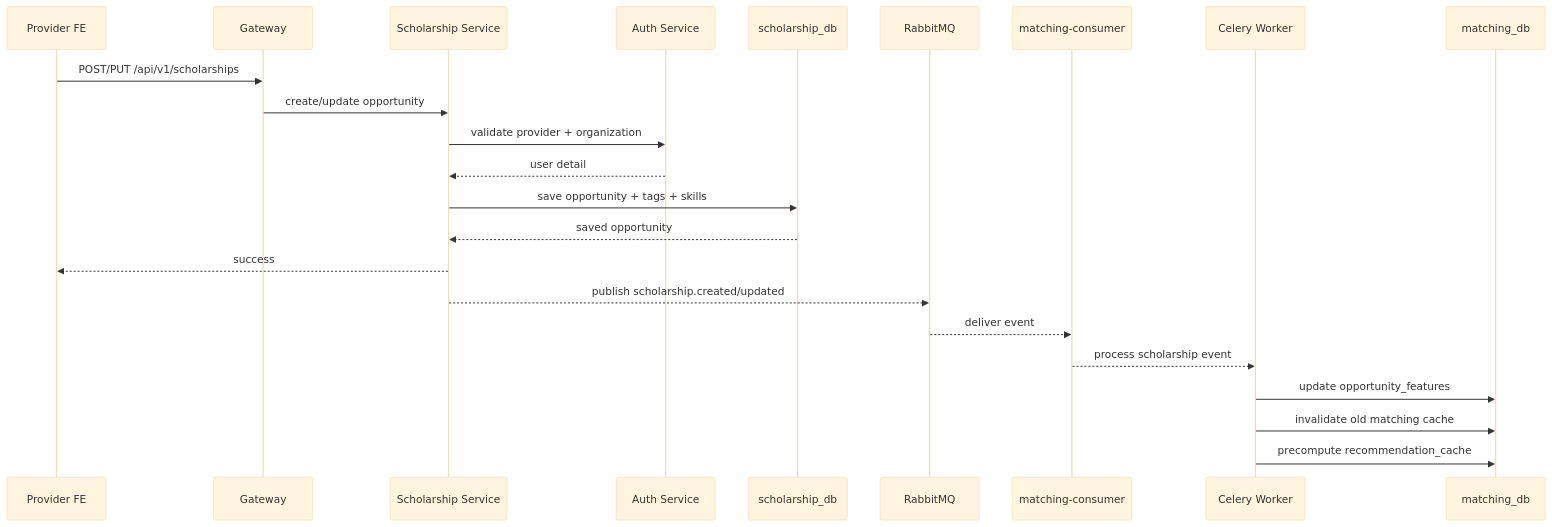
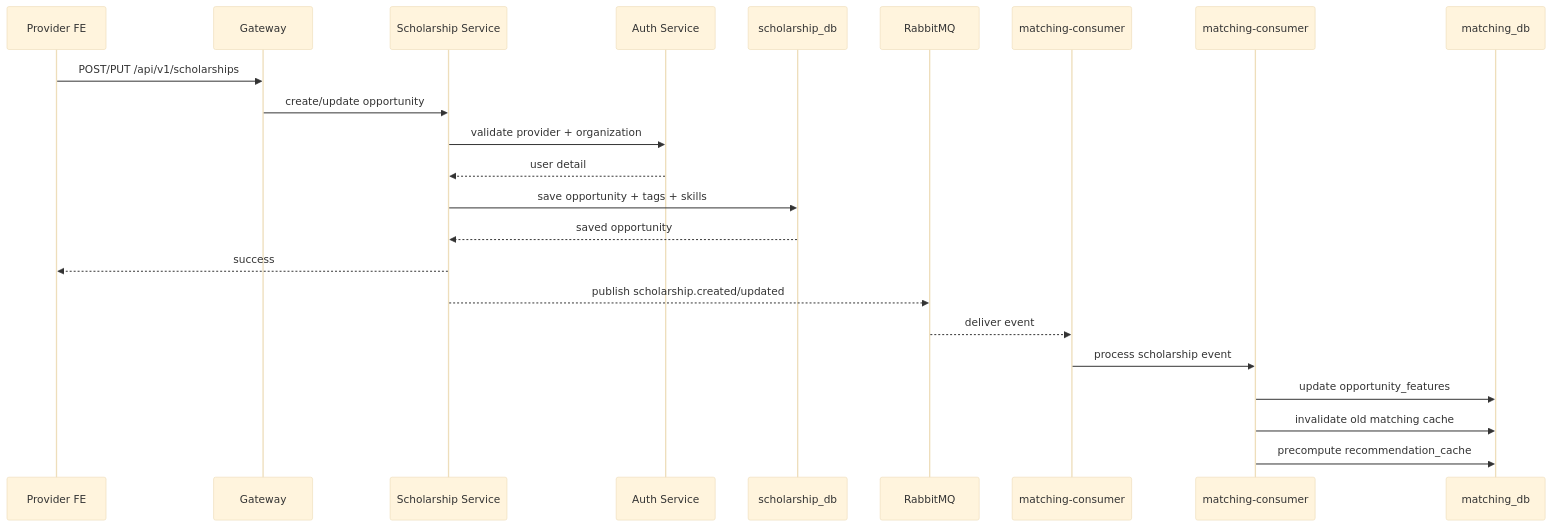
One commit to hunter875/edumatch-production changed the seventh of 11 diagrams in docs/06-data-flow.md. Above: the diagram before and after it, drawn with Mermaid (base theme). The commit also changed other lines of this file and 10 other files, not shown here.

Commit message:
docs: clarify rabbitmq matching worker

````diff
--- a/docs/06-data-flow.md
+++ b/docs/06-data-flow.md
@@ -198,27 +197,27 @@
 ```mermaid
 sequenceDiagram
   participant FE as Provider FE
   participant GW as Gateway
   participant S as Scholarship Service
   participant Auth as Auth Service
   participant DB as scholarship_db
   participant MQ as RabbitMQ
   participant MC as matching-consumer
-  participant W as Celery Worker
+  participant W as matching-consumer
   participant MDB as matching_db
 
   FE->>GW: POST/PUT /api/v1/scholarships
   GW->>S: create/update opportunity
   S->>Auth: validate provider + organization
   Auth-->>S: user detail
   S->>DB: save opportunity + tags + skills
   DB-->>S: saved opportunity
   S-->>FE: success
 
   S-->>MQ: publish scholarship.created/updated
   MQ-->>MC: deliver event
-  MC-->>W: process scholarship event
+  MC->>W: process scholarship event
   W->>MDB: update opportunity_features
   W->>MDB: invalidate old matching cache
   W->>MDB: precompute recommendation_cache
 ```
````
